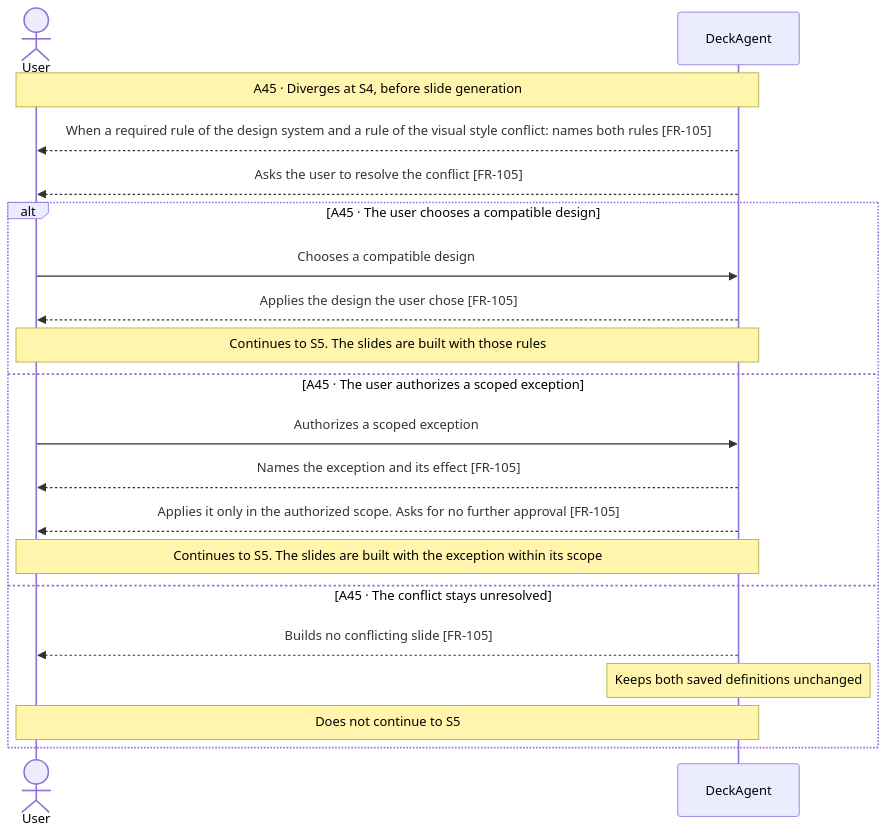
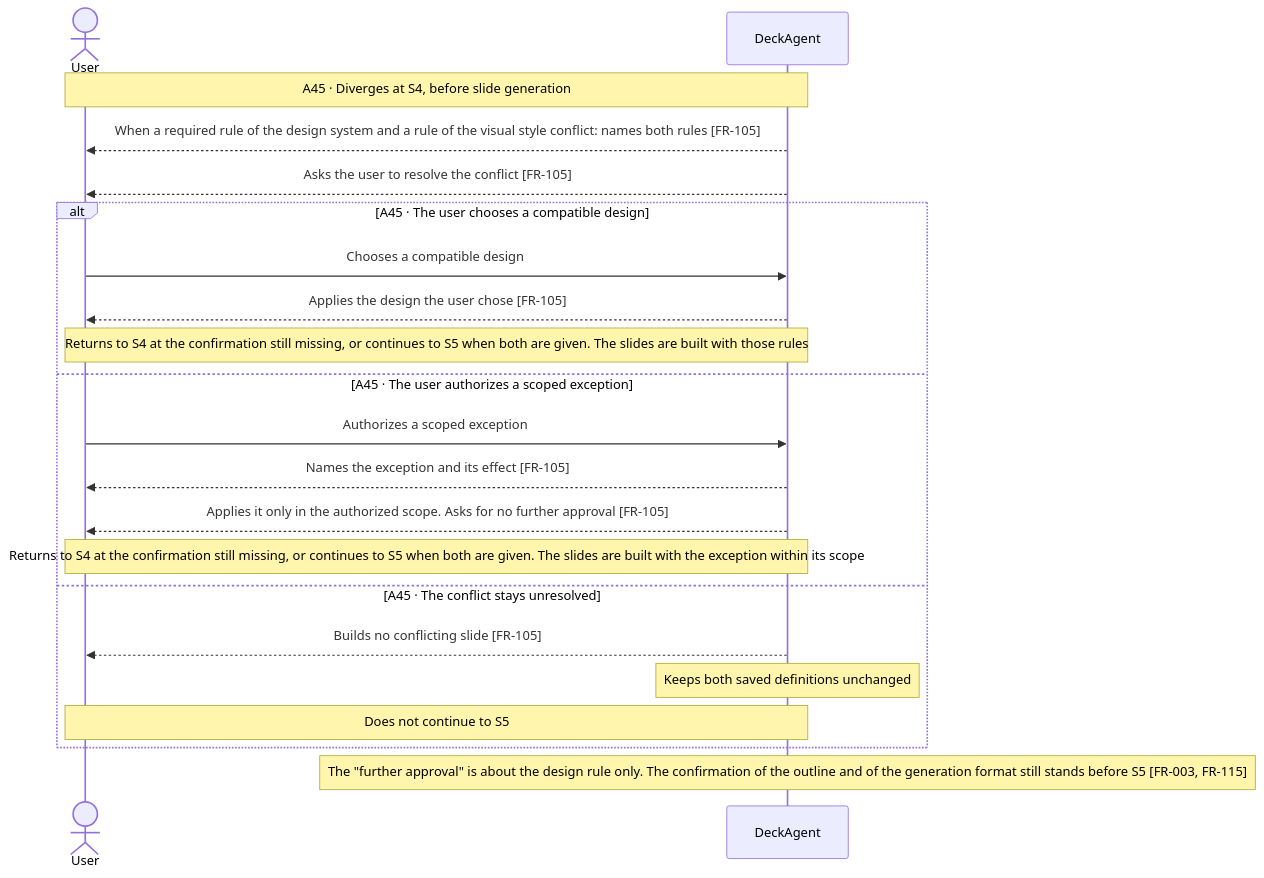
Diagram 26 of 32 in docs/spec/03-use-cases/UC-001.md (Luke23127006/DeckAgent), drawn with Mermaid before and after one commit. The commit also changed other lines of this file and 6 other files, not shown here.

````diff
--- a/docs/spec/03-use-cases/UC-001.md
+++ b/docs/spec/03-use-cases/UC-001.md
@@ -446,22 +449,23 @@
 ```mermaid
 sequenceDiagram
     actor User
     participant DeckAgent
     Note over User,DeckAgent: A45 · Diverges at S4, before slide generation
     DeckAgent-->>User: When a required rule of the design system and a rule of the visual style conflict: names both rules [FR-105]
     DeckAgent-->>User: Asks the user to resolve the conflict [FR-105]
     alt A45 · The user chooses a compatible design
         User->>DeckAgent: Chooses a compatible design
         DeckAgent-->>User: Applies the design the user chose [FR-105]
-        Note over User,DeckAgent: Continues to S5. The slides are built with those rules
+        Note over User,DeckAgent: Returns to S4 at the confirmation still missing, or continues to S5 when both are given. The slides are built with those rules
     else A45 · The user authorizes a scoped exception
         User->>DeckAgent: Authorizes a scoped exception
         DeckAgent-->>User: Names the exception and its effect [FR-105]
         DeckAgent-->>User: Applies it only in the authorized scope. Asks for no further approval [FR-105]
-        Note over User,DeckAgent: Continues to S5. The slides are built with the exception within its scope
+        Note over User,DeckAgent: Returns to S4 at the confirmation still missing, or continues to S5 when both are given. The slides are built with the exception within its scope
     else A45 · The conflict stays unresolved
         DeckAgent-->>User: Builds no conflicting slide [FR-105]
         note over DeckAgent: Keeps both saved definitions unchanged
         Note over User,DeckAgent: Does not continue to S5
     end
+    note over DeckAgent: The "further approval" is about the design rule only. The confirmation of the outline and of the generation format still stands before S5 [FR-003, FR-115]
 ```
````
